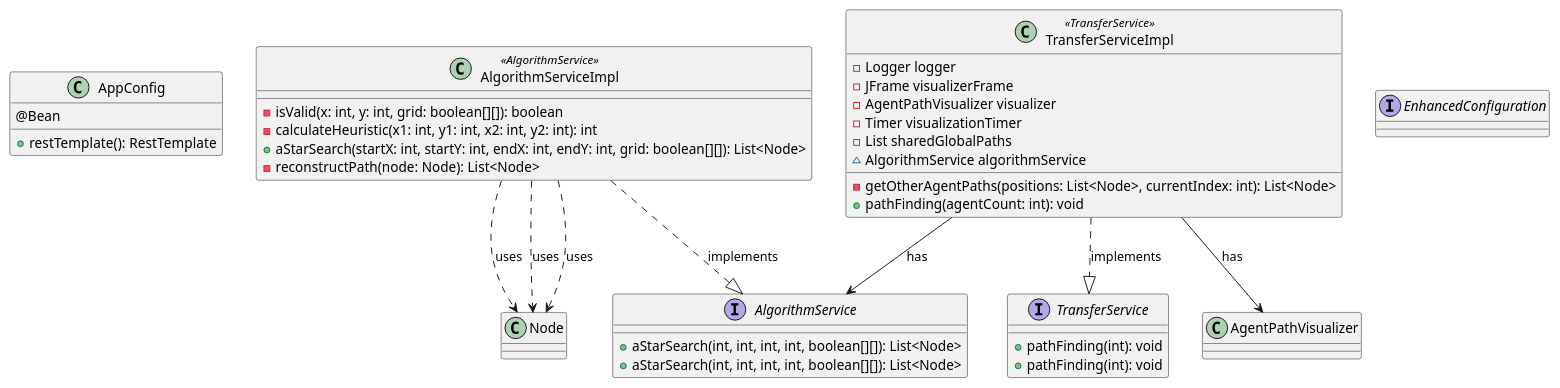
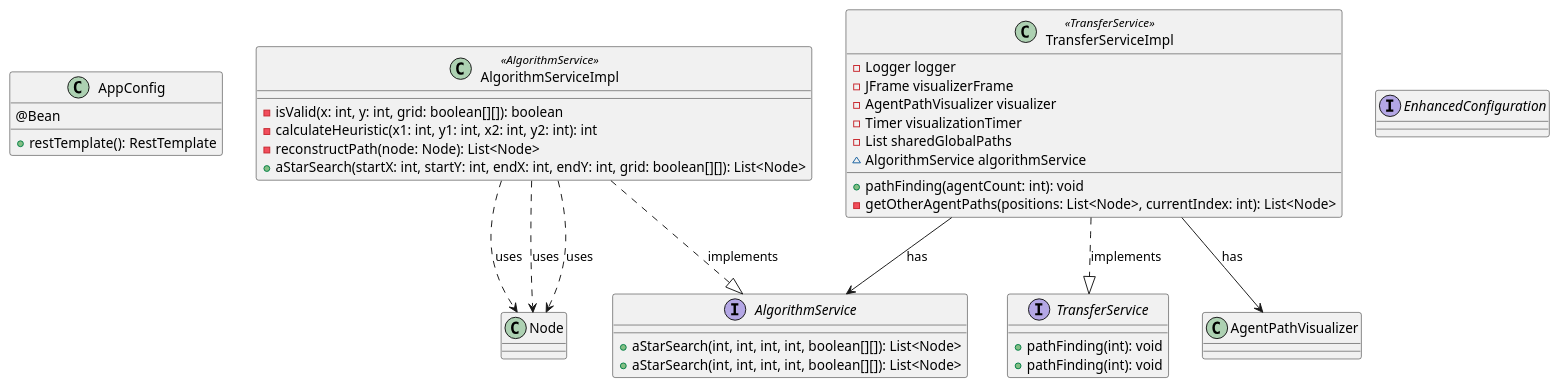
Before and after one commit to Choisungrim/HU_ACS: the diagram in src/main/resources/uml-diagram.puml, drawn with PlantUML. The commit also changed other lines of this file and 76 other files, not shown here.

```diff
--- a/src/main/resources/uml-diagram.puml
+++ b/src/main/resources/uml-diagram.puml
@@ -1,43 +1,43 @@
 @startuml
 class AppConfig {
     @Bean 
     +restTemplate(): RestTemplate
 }
 class AlgorithmServiceImpl <<AlgorithmService>> {
     -isValid(x: int, y: int, grid: boolean[][]): boolean
     -calculateHeuristic(x1: int, y1: int, x2: int, y2: int): int
+    -reconstructPath(node: Node): List<Node>
     +aStarSearch(startX: int, startY: int, endX: int, endY: int, grid: boolean[][]): List<Node>
-    -reconstructPath(node: Node): List<Node>
 }
 class TransferServiceImpl <<TransferService>> {
     -Logger logger
     -JFrame visualizerFrame
     -AgentPathVisualizer visualizer
     -Timer visualizationTimer
     -List sharedGlobalPaths
     ~AlgorithmService algorithmService
+    +pathFinding(agentCount: int): void
     -getOtherAgentPaths(positions: List<Node>, currentIndex: int): List<Node>
-    +pathFinding(agentCount: int): void
 }
 interface EnhancedConfiguration {
 }
 interface AlgorithmService {
     +aStarSearch(int, int, int, int, boolean[][]): List<Node>
 }
 interface TransferService {
     +pathFinding(int): void
 }
 interface AlgorithmService {
     +aStarSearch(int, int, int, int, boolean[][]): List<Node>
 }
 interface TransferService {
     +pathFinding(int): void
 }
 AlgorithmServiceImpl ..|> AlgorithmService : implements
 AlgorithmServiceImpl ..> Node : uses
 AlgorithmServiceImpl ..> Node : uses
 AlgorithmServiceImpl ..> Node : uses
 TransferServiceImpl ..|> TransferService : implements
 TransferServiceImpl --> AgentPathVisualizer : has
 TransferServiceImpl --> AlgorithmService : has
 @enduml
```
